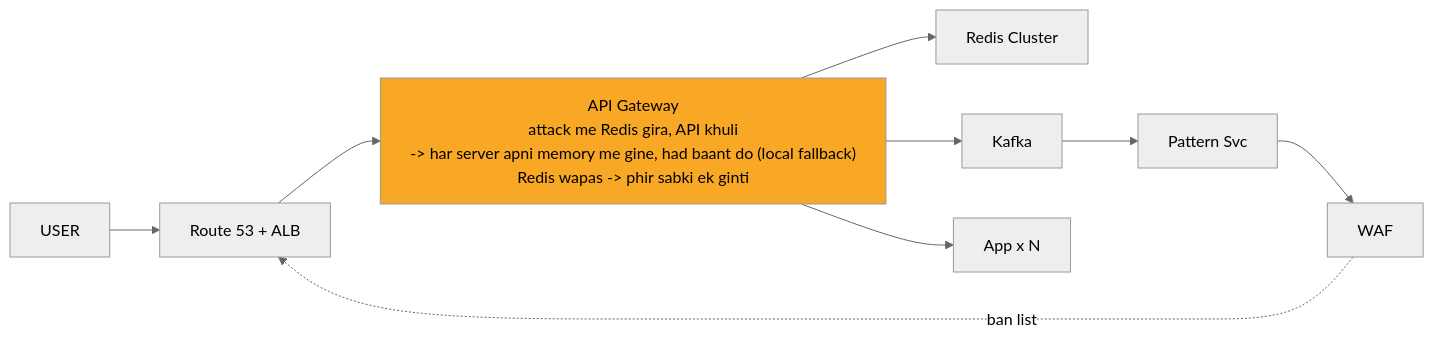
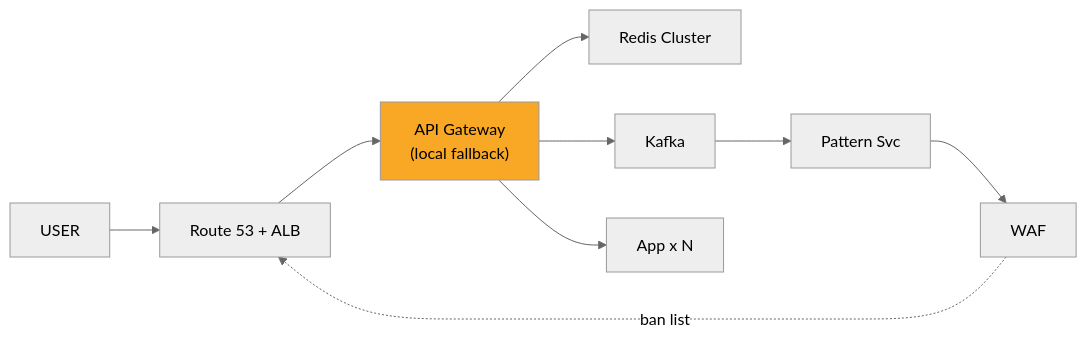
The diagram in 04_HLD/SYSTEM_DESIGNS/02_rate_limiter/img/c8.mmd (ArpanMaheshwari144/Prep), drawn with Mermaid (neutral theme) before and after one commit. The commit also changed 28 other files, not shown here.

Commit message:
hld rate limiter: peela dabba naam + (term), KIYA, c4 me PHIR? (Redis dheema -> shard)

```diff
--- a/04_HLD/SYSTEM_DESIGNS/02_rate_limiter/img/c8.mmd
+++ b/04_HLD/SYSTEM_DESIGNS/02_rate_limiter/img/c8.mmd
@@ -1,19 +1,19 @@
 %%{init: {"flowchart": {"wrappingWidth": 450}}}%%
 flowchart LR
     n_USER["USER"]
     n_EDGE["Route 53 + ALB"]
-    n_API_Gateway["API Gateway<br/>attack me Redis gira, API khuli<br/>-> har server apni memory me gine, had baant do (local fallback)<br/>Redis wapas -> phir sabki ek ginti"]
+    n_API_Gateway["API Gateway<br/>(local fallback)"]
     n_Redis_Cluster["Redis Cluster"]
     n_Kafka["Kafka"]
     n_Pattern_Svc["Pattern Svc"]
     n_WAF["WAF"]
     n_App_xN["App x N"]
     n_EDGE --> n_API_Gateway
     n_API_Gateway --> n_Redis_Cluster
     n_API_Gateway --> n_App_xN
     n_Kafka --> n_Pattern_Svc
     n_Pattern_Svc --> n_WAF
     n_API_Gateway --> n_Kafka
     n_USER --> n_EDGE
     n_WAF -.->|ban list| n_EDGE
     style n_API_Gateway fill:#f9a825,color:#000
```
